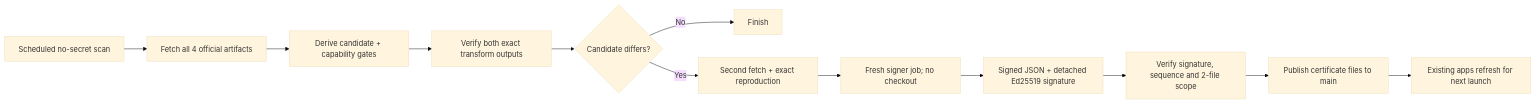
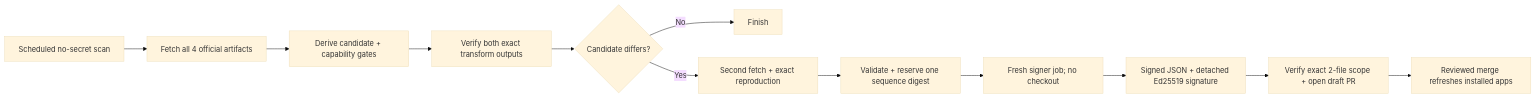
The third of 3 diagrams in docs/client-compatibility.md (jean-humann/gwnative), drawn with Mermaid (base theme) before and after one commit. The commit also changed other lines of this file and 7 other files, not shown here.

````diff
--- a/docs/client-compatibility.md
+++ b/docs/client-compatibility.md
@@ -203,14 +203,14 @@
 ```mermaid
 flowchart LR
     A["Scheduled no-secret scan"] --> B["Fetch all 4 official artifacts"]
     B --> C["Derive candidate + capability gates"]
     C --> D["Verify both exact transform outputs"]
     D --> E{"Candidate differs?"}
     E -- "No" --> M["Finish"]
     E -- "Yes" --> F["Second fetch + exact reproduction"]
-    F --> G["Fresh signer job; no checkout"]
-    G --> H["Signed JSON + detached Ed25519 signature"]
-    H --> I["Verify signature, sequence and 2-file scope"]
-    I --> J["Publish certificate files to main"]
-    J --> K["Existing apps refresh for next launch"]
+    F --> G["Validate + reserve one sequence digest"]
+    G --> H["Fresh signer job; no checkout"]
+    H --> I["Signed JSON + detached Ed25519 signature"]
+    I --> J["Verify exact 2-file scope + open draft PR"]
+    J --> K["Reviewed merge refreshes installed apps"]
 ```
````
